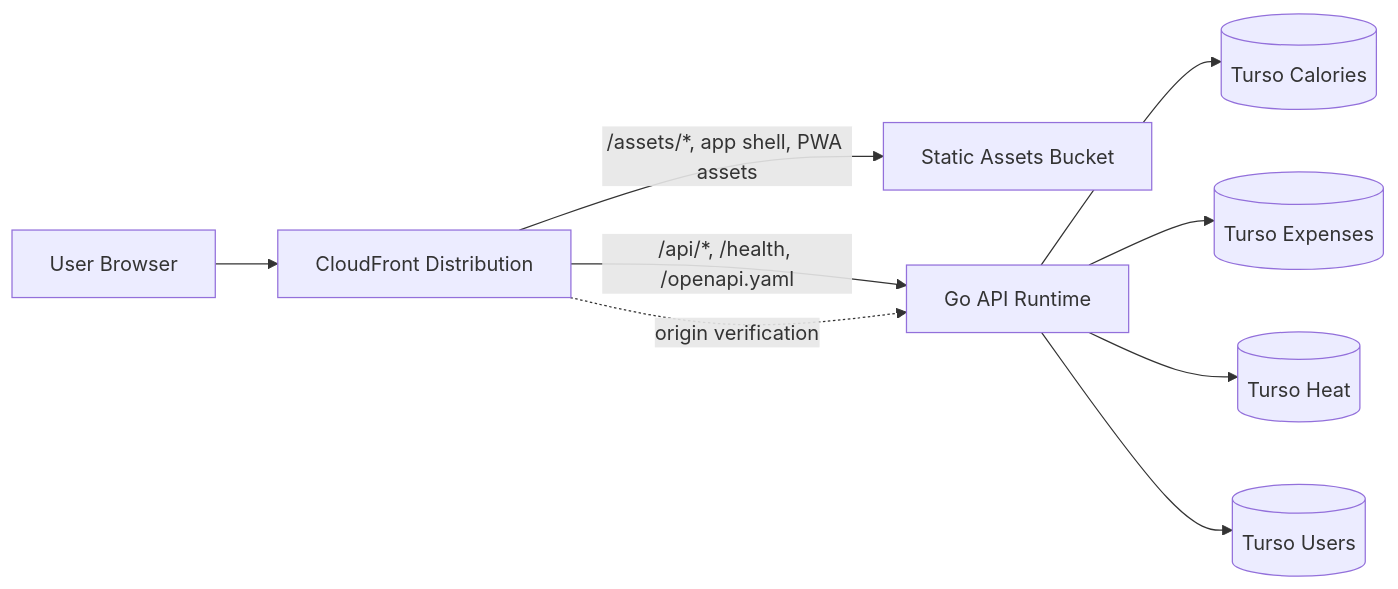
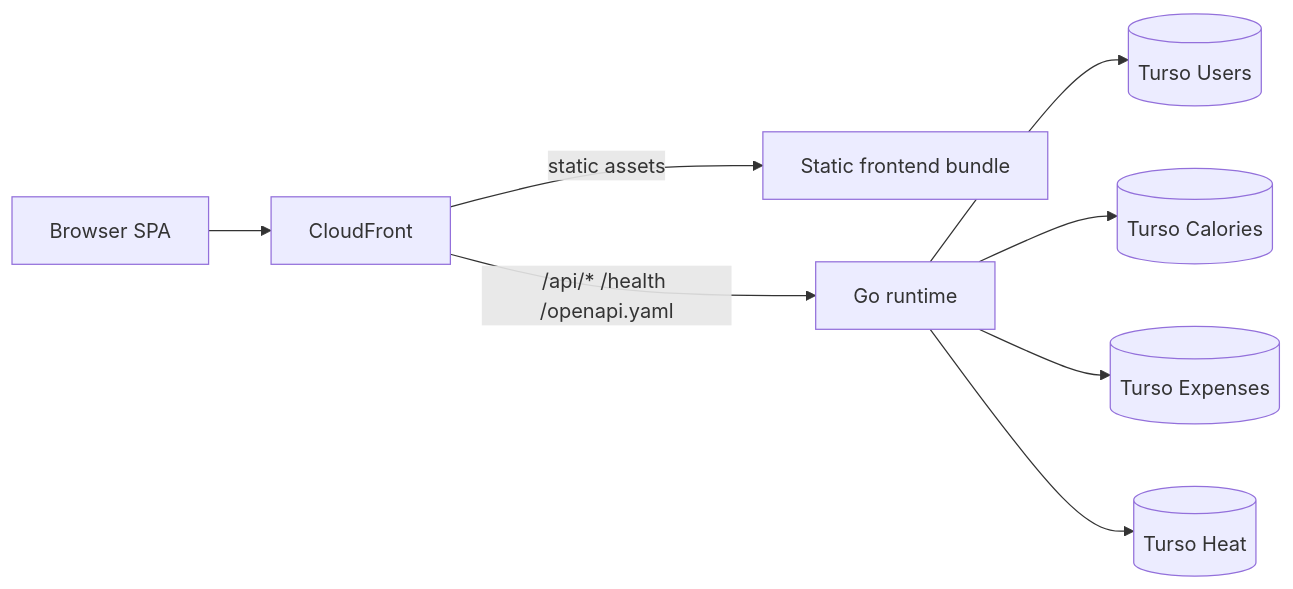
Before and after one commit to Hughzu/trackstack: the diagram in docs/ARCHITECTURE.md, drawn with Mermaid. The commit also changed other lines of this file and 2 other files, not shown here.

````diff
--- a/docs/ARCHITECTURE.md
+++ b/docs/ARCHITECTURE.md
@@ -9,12 +19,10 @@
 ```mermaid
 flowchart LR
-  U[User Browser] --> CF[CloudFront Distribution]
-  CF -->|/assets/*, app shell, PWA assets| S3[Static Assets Bucket]
-  CF -->|/api/*, /health, /openapi.yaml| API[Go API Runtime]
-  API --> CAL[(Turso Calories)]
-  API --> EXP[(Turso Expenses)]
-  API --> HEAT[(Turso Heat)]
-  API --> USERS[(Turso Users)]
-
-  CF -. origin verification .-> API
+  B[Browser SPA] --> CF[CloudFront]
+  CF -->|static assets| S3[Static frontend bundle]
+  CF -->|/api/* /health /openapi.yaml| API[Go runtime]
+  API --> U[(Turso Users)]
+  API --> C[(Turso Calories)]
+  API --> E[(Turso Expenses)]
+  API --> H[(Turso Heat)]
 ```
````
